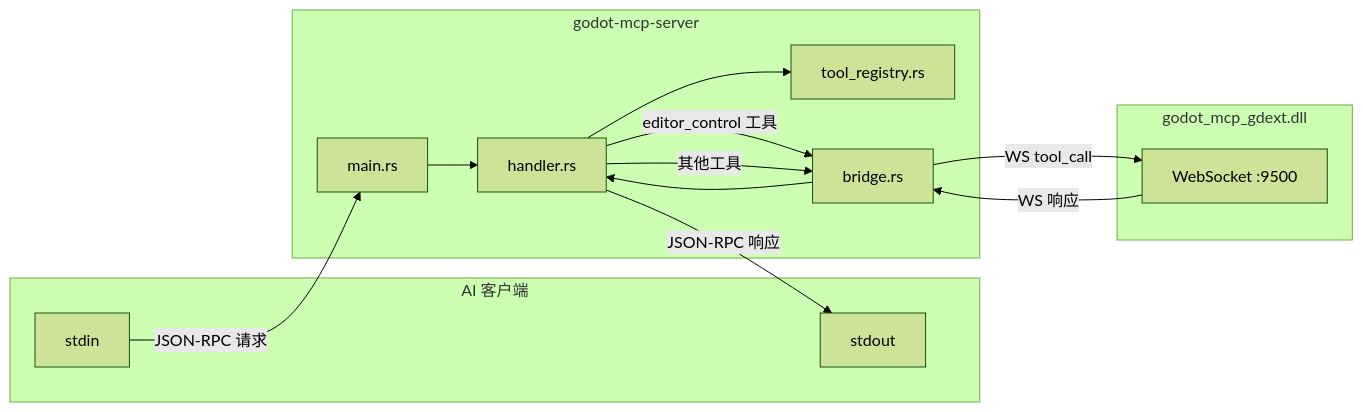
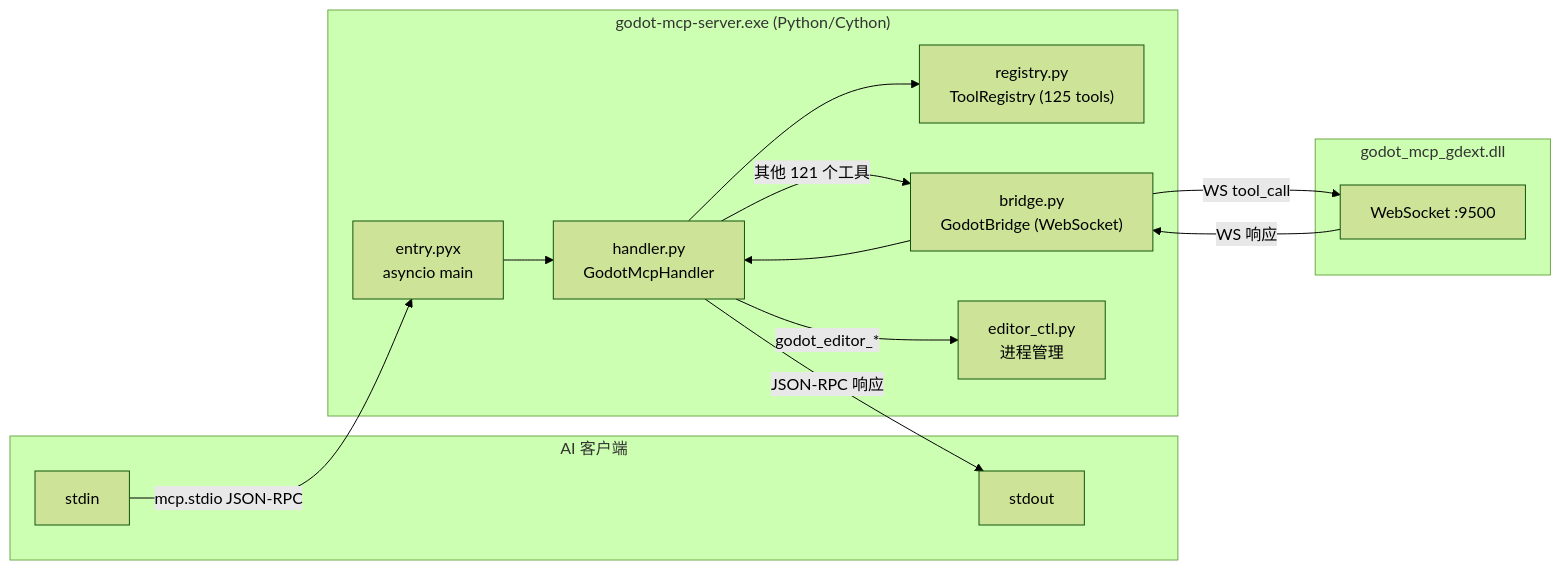
Before and after one commit to jesspig/GodotMCP-GDExtension: the diagram in .repo_wiki/crates/server.md, drawn with Mermaid (forest theme). The commit also changed other lines of this file and 20 other files, not shown here.

````diff
--- a/.repo_wiki/crates/server.md
+++ b/.repo_wiki/crates/server.md
@@ -5,28 +5,29 @@
 ```mermaid
 flowchart LR
     subgraph AI["AI 客户端"]
         STDIN["stdin"]
         STDOUT["stdout"]
     end
     
-    subgraph Server["godot-mcp-server"]
-        MAIN["main.rs"]
-        H["handler.rs"]
-        TR["tool_registry.rs"]
-        B["bridge.rs"]
+    subgraph Server["godot-mcp-server.exe (Python/Cython)"]
+        ENTRY["entry.pyx<br/>asyncio main"]
+        HANDLER["handler.py<br/>GodotMcpHandler"]
+        REG["registry.py<br/>ToolRegistry (125 tools)"]
+        BRIDGE["bridge.py<br/>GodotBridge (WebSocket)"]
+        ECTL["editor_ctl.py<br/>进程管理"]
     end
     
     subgraph GDExt["godot_mcp_gdext.dll"]
         WS["WebSocket :9500"]
     end
     
-    STDIN -->|JSON-RPC 请求| MAIN
-    MAIN --> H
-    H --> TR
-    H -->|editor_control 工具| B
-    H -->|其他工具| B
-    B -->|WS tool_call| WS
-    WS -->|WS 响应| B
-    B --> H
-    H -->|JSON-RPC 响应| STDOUT
+    STDIN -->|mcp.stdio JSON-RPC| ENTRY
+    ENTRY --> HANDLER
+    HANDLER --> REG
+    HANDLER -->|godot_editor_*| ECTL
+    HANDLER -->|其他 121 个工具| BRIDGE
+    BRIDGE -->|WS tool_call| WS
+    WS -->|WS 响应| BRIDGE
+    BRIDGE --> HANDLER
+    HANDLER -->|JSON-RPC 响应| STDOUT
 ```
````
